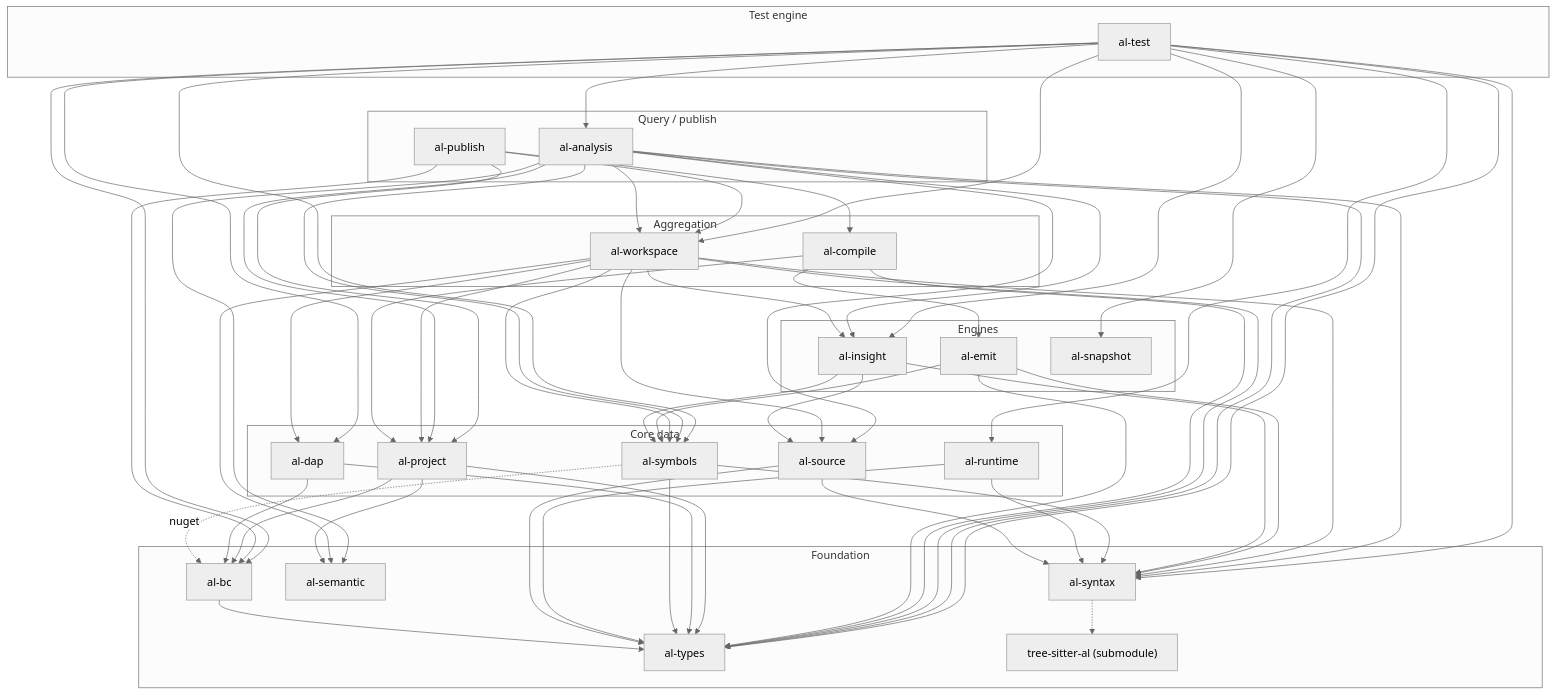
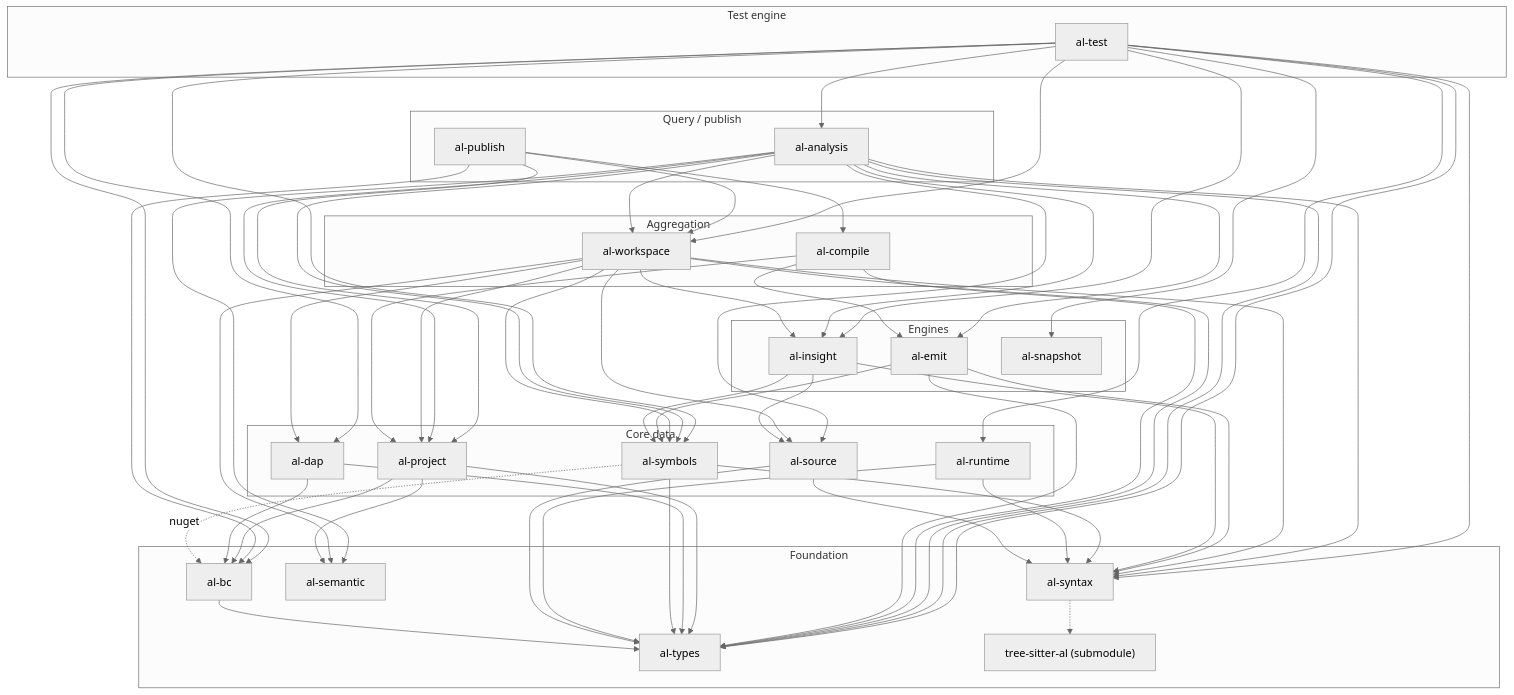
One commit to Brad-Fullwood/al.language.zed changed the first of 3 diagrams in Docs/architecture.md. Above: the diagram before and after it, drawn with Mermaid (neutral theme). The commit also changed 14 other files, not shown here.

```diff
--- a/Docs/architecture.md
+++ b/Docs/architecture.md
@@ -93,6 +93,7 @@
   al_analysis --> al_source
   al_analysis --> al_semantic
   al_analysis --> al_insight
+  al_analysis --> al_emit
   al_analysis --> al_project
   al_analysis --> al_workspace
   al_publish --> al_bc
```
